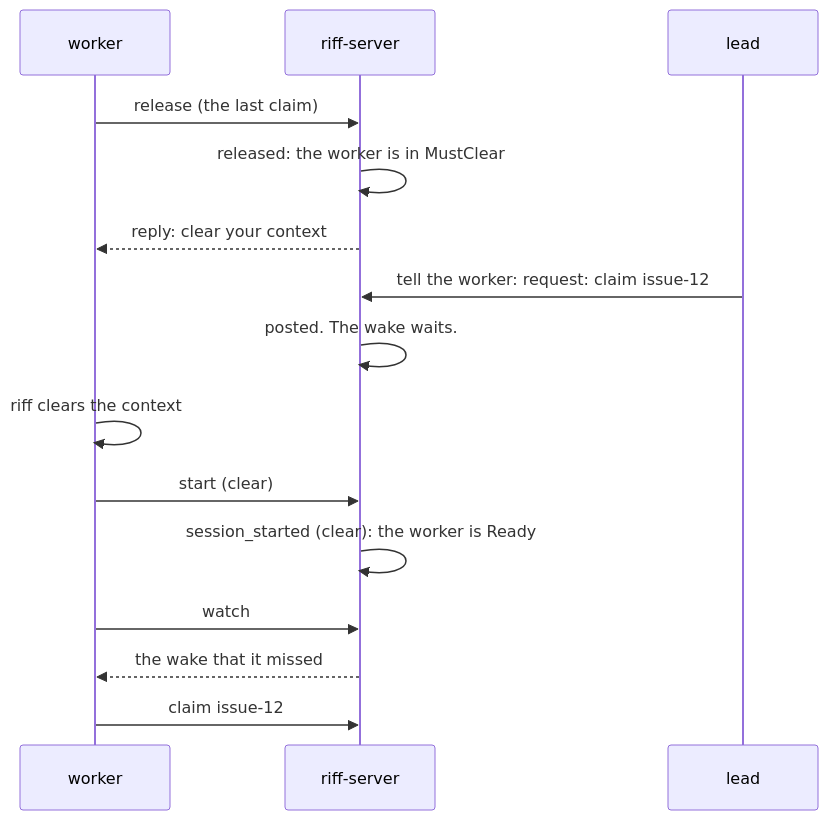
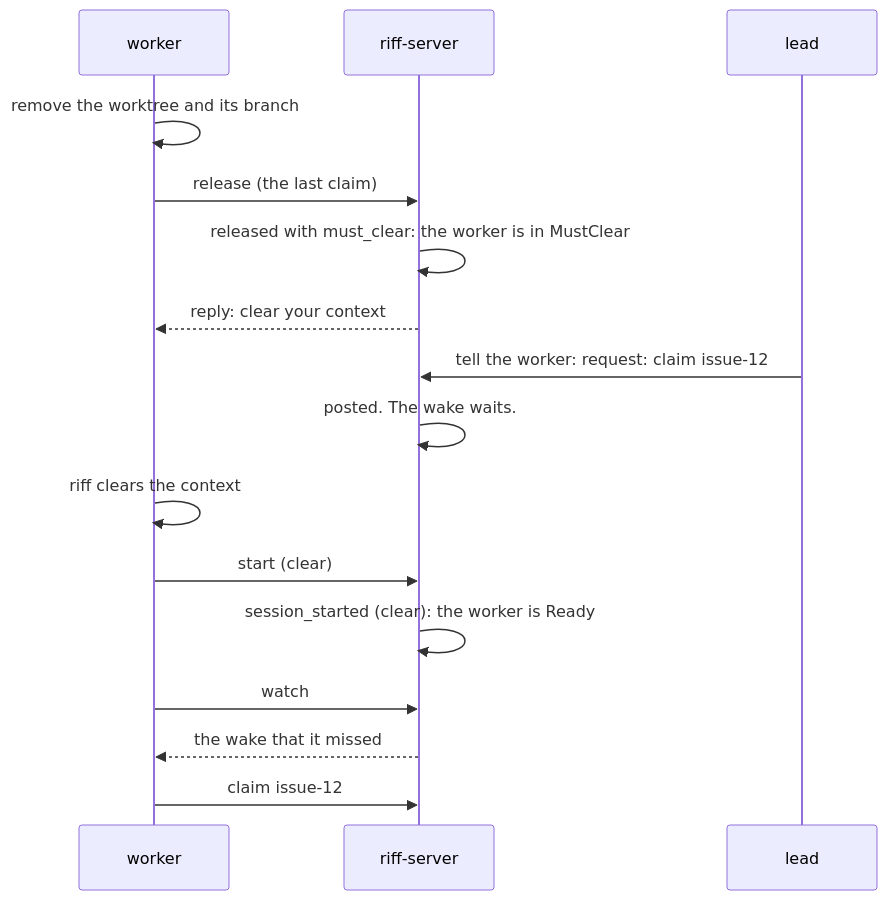
One commit to como-technologies/riff changed the third of 3 diagrams in docs/src/design-engine.md. Above: the diagram before and after it, drawn with Mermaid. The commit also changed other lines of this file and 1 other file, not shown here.

````diff
--- a/docs/src/design-engine.md
+++ b/docs/src/design-engine.md
@@ -275,17 +298,18 @@
 ```mermaid
 sequenceDiagram
     participant W as worker
     participant S as riff-server
     participant L as lead
+    W->>W: remove the worktree and its branch
     W->>S: release (the last claim)
-    S->>S: released: the worker is in MustClear
+    S->>S: released with must_clear: the worker is in MustClear
     S-->>W: reply: clear your context
     L->>S: tell the worker: request: claim issue-12
     S->>S: posted. The wake waits.
     W->>W: riff clears the context
     W->>S: start (clear)
     S->>S: session_started (clear): the worker is Ready
     W->>S: watch
     S-->>W: the wake that it missed
     W->>S: claim issue-12
 ```
````
